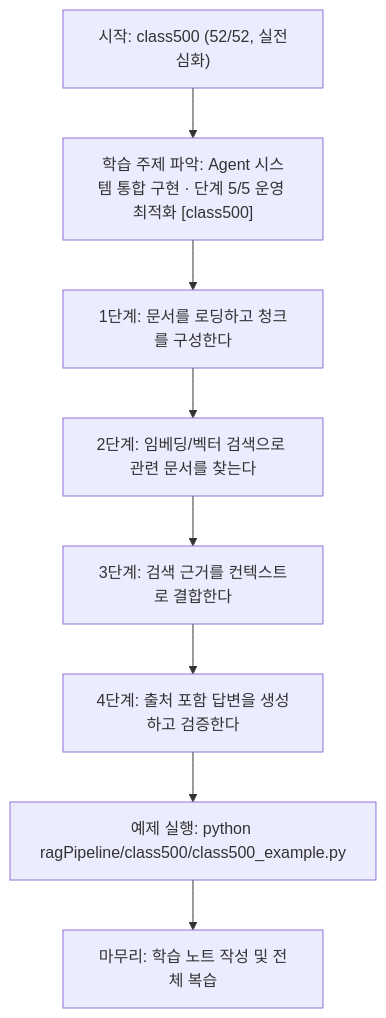
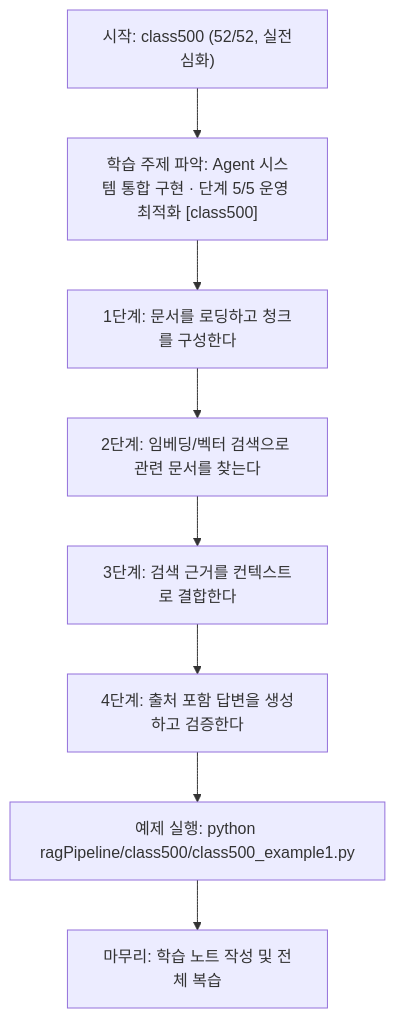
The diagram in ragPipeline/class500/class500.md (edumgt/Python-AI_Agent-Class), drawn with Mermaid before and after one commit. The commit also changed other lines of this file and 2959 other files, not shown here.

````diff
--- a/ragPipeline/class500/class500.md
+++ b/ragPipeline/class500/class500.md
@@ -112,18 +112,18 @@
 ```mermaid
 flowchart TD
 N1["시작: class500 (52/52, 실전심화)"]
 N2["학습 주제 파악: Agent 시스템 통합 구현 · 단계 5/5 운영 최적화 [class500]"]
 N3["1단계: 문서를 로딩하고 청크를 구성한다"]
 N4["2단계: 임베딩/벡터 검색으로 관련 문서를 찾는다"]
 N5["3단계: 검색 근거를 컨텍스트로 결합한다"]
 N6["4단계: 출처 포함 답변을 생성하고 검증한다"]
-N7["예제 실행: python ragPipeline/class500/class500_example.py"]
+N7["예제 실행: python ragPipeline/class500/class500_example1.py"]
 N8["마무리: 학습 노트 작성 및 전체 복습"]
 N1 --> N2
 N2 --> N3
 N3 --> N4
 N4 --> N5
 N5 --> N6
 N6 --> N7
 N7 --> N8
 ```
````
